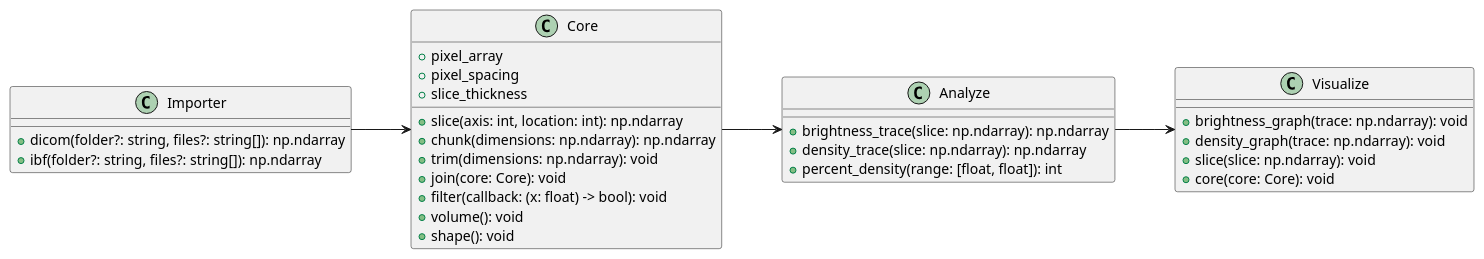
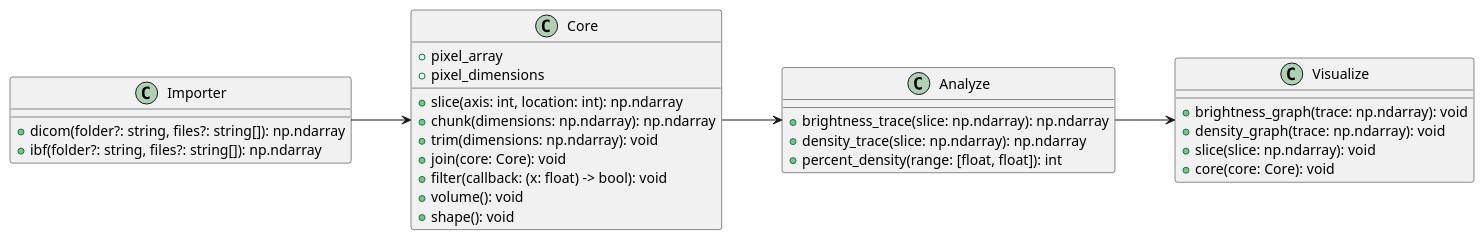
Before and after one commit to mines-erds/core-ct: the diagram in architecture.puml, drawn with PlantUML.

```diff
--- a/architecture.puml
+++ b/architecture.puml
@@ -1,38 +1,37 @@
 @startuml
 left to right direction
 
 class Importer {
  +dicom(folder?: string, files?: string[]): np.ndarray
  +ibf(folder?: string, files?: string[]): np.ndarray
 }
 
 class Core {
  +pixel_array
- +pixel_spacing
- +slice_thickness
+ +pixel_dimensions
  +slice(axis: int, location: int): np.ndarray
  +chunk(dimensions: np.ndarray): np.ndarray
  +trim(dimensions: np.ndarray): void
  +join(core: Core): void
  +filter(callback: (x: float) -> bool): void
  +volume(): void
  +shape(): void
 }
 
 class Analyze {
  +brightness_trace(slice: np.ndarray): np.ndarray
  +density_trace(slice: np.ndarray): np.ndarray
  +percent_density(range: [float, float]): int 
 }
 
 class Visualize {
  +brightness_graph(trace: np.ndarray): void
  +density_graph(trace: np.ndarray): void
  +slice(slice: np.ndarray): void
  +core(core: Core): void
 }
 
 Importer --> Core
 Core --> Analyze
 Analyze --> Visualize
 @enduml
```
